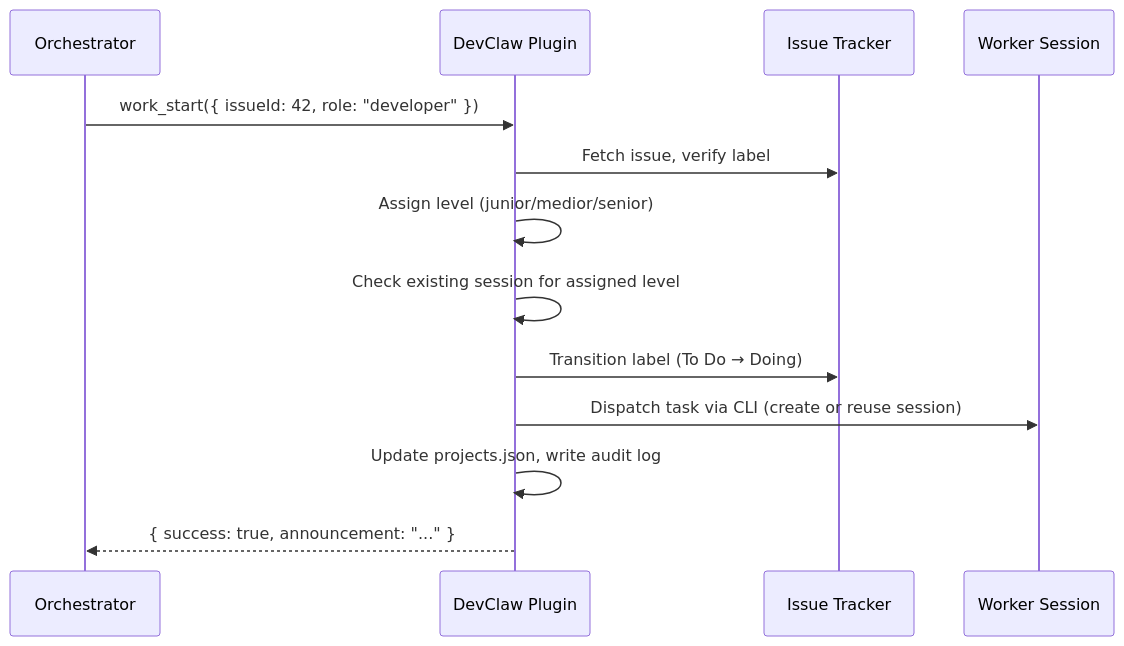
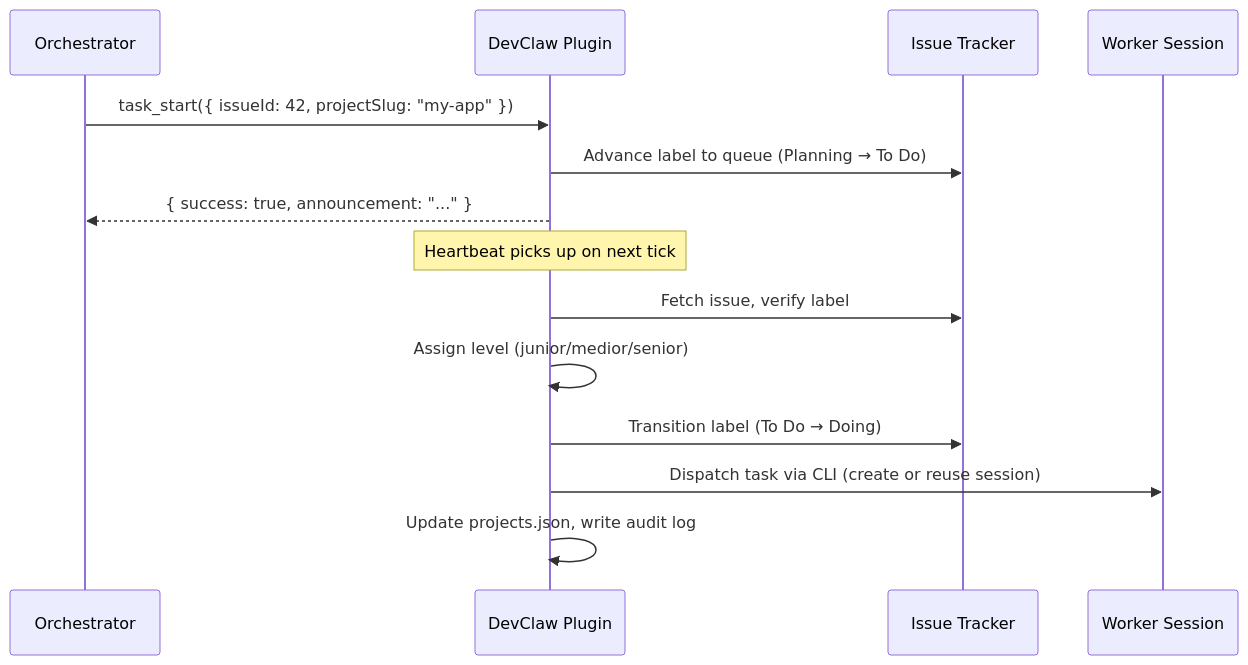
The second of 13 diagrams in docs/ARCHITECTURE.md (laurentenhoor/devclaw), drawn with Mermaid before and after one commit. The commit also changed other lines of this file and 29 other files, not shown here.

````diff
--- a/docs/ARCHITECTURE.md
+++ b/docs/ARCHITECTURE.md
@@ -38,16 +38,17 @@
 ```mermaid
 sequenceDiagram
     participant O as Orchestrator
     participant DC as DevClaw Plugin
     participant IT as Issue Tracker
     participant S as Worker Session
 
-    O->>DC: work_start({ issueId: 42, role: "developer" })
+    O->>DC: task_start({ issueId: 42, projectSlug: "my-app" })
+    DC->>IT: Advance label to queue (Planning → To Do)
+    DC-->>O: { success: true, announcement: "..." }
+    Note over DC: Heartbeat picks up on next tick
     DC->>IT: Fetch issue, verify label
     DC->>DC: Assign level (junior/medior/senior)
-    DC->>DC: Check existing session for assigned level
     DC->>IT: Transition label (To Do → Doing)
     DC->>S: Dispatch task via CLI (create or reuse session)
     DC->>DC: Update projects.json, write audit log
-    DC-->>O: { success: true, announcement: "..." }
 ```
````
